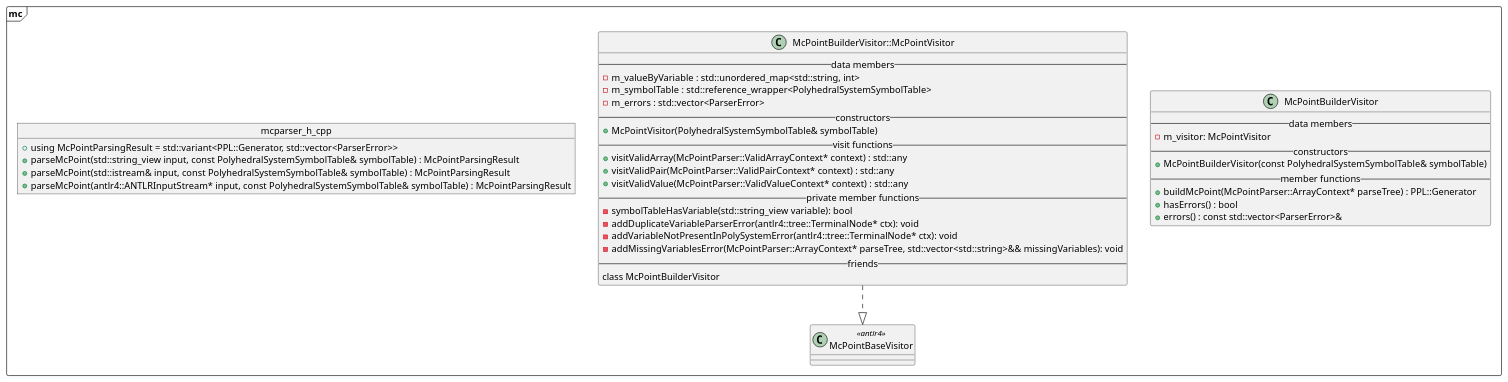
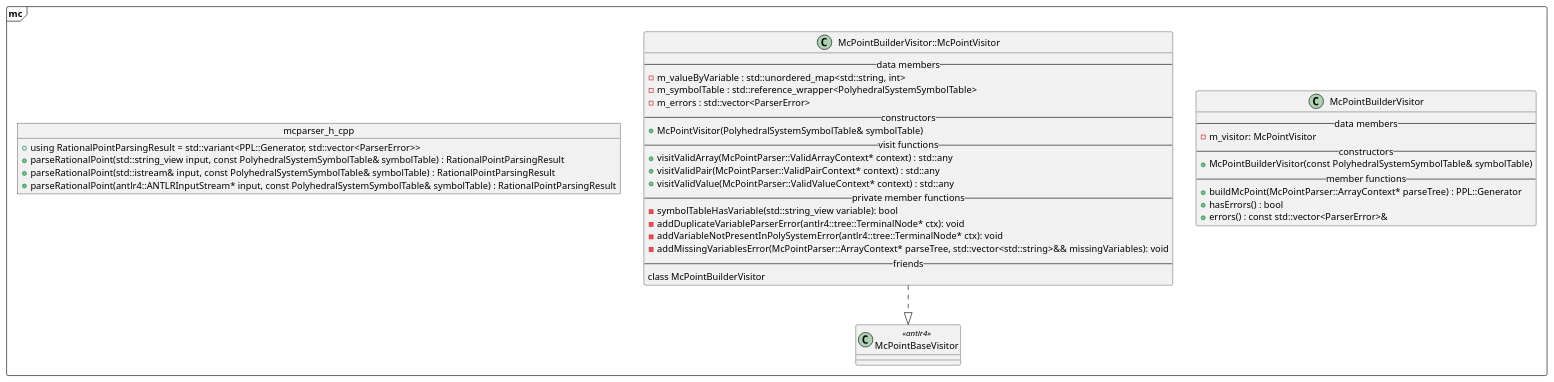
One commit to vtramo/rtl-mc changed the diagram in docs/plantuml/parser-mc.puml. Above: the diagram before and after it, drawn with PlantUML. The commit also changed 26 other files, not shown here.

```diff
--- a/docs/plantuml/parser-mc.puml
+++ b/docs/plantuml/parser-mc.puml
@@ -1,46 +1,46 @@
 @startuml
 package mc <<Frame>> {
     class McPointBuilderVisitor {
         --data members--
         -m_visitor: McPointVisitor
         --constructors--
         +McPointBuilderVisitor(const PolyhedralSystemSymbolTable& symbolTable)
         --member functions--
         +buildMcPoint(McPointParser::ArrayContext* parseTree) : PPL::Generator
         +hasErrors() : bool
         +errors() : const std::vector<ParserError>&
     }
 
     class McPointBuilderVisitor::McPointVisitor {
         --data members--
         -m_valueByVariable : std::unordered_map<std::string, int>
         -m_symbolTable : std::reference_wrapper<PolyhedralSystemSymbolTable>
         -m_errors : std::vector<ParserError>
         --constructors--
         +McPointVisitor(PolyhedralSystemSymbolTable& symbolTable)
         --visit functions--
         +visitValidArray(McPointParser::ValidArrayContext* context) : std::any
         +visitValidPair(McPointParser::ValidPairContext* context) : std::any
         +visitValidValue(McPointParser::ValidValueContext* context) : std::any
         --private member functions--
         -symbolTableHasVariable(std::string_view variable): bool
         -addDuplicateVariableParserError(antlr4::tree::TerminalNode* ctx): void
         -addVariableNotPresentInPolySystemError(antlr4::tree::TerminalNode* ctx): void
         -addMissingVariablesError(McPointParser::ArrayContext* parseTree, std::vector<std::string>&& missingVariables): void
         --friends--
         class McPointBuilderVisitor
     }
 
     class McPointBaseVisitor <<antlr4>> {}
 
     object mcparser_h_cpp {
-        +using McPointParsingResult = std::variant<PPL::Generator, std::vector<ParserError>>
-        +parseMcPoint(std::string_view input, const PolyhedralSystemSymbolTable& symbolTable) : McPointParsingResult
-        +parseMcPoint(std::istream& input, const PolyhedralSystemSymbolTable& symbolTable) : McPointParsingResult
-        +parseMcPoint(antlr4::ANTLRInputStream* input, const PolyhedralSystemSymbolTable& symbolTable) : McPointParsingResult
+        +using RationalPointParsingResult = std::variant<PPL::Generator, std::vector<ParserError>>
+        +parseRationalPoint(std::string_view input, const PolyhedralSystemSymbolTable& symbolTable) : RationalPointParsingResult
+        +parseRationalPoint(std::istream& input, const PolyhedralSystemSymbolTable& symbolTable) : RationalPointParsingResult
+        +parseRationalPoint(antlr4::ANTLRInputStream* input, const PolyhedralSystemSymbolTable& symbolTable) : RationalPointParsingResult
     }
 
     McPointBuilderVisitor::McPointVisitor ..|> McPointBaseVisitor
 }
 
 @enduml
```
